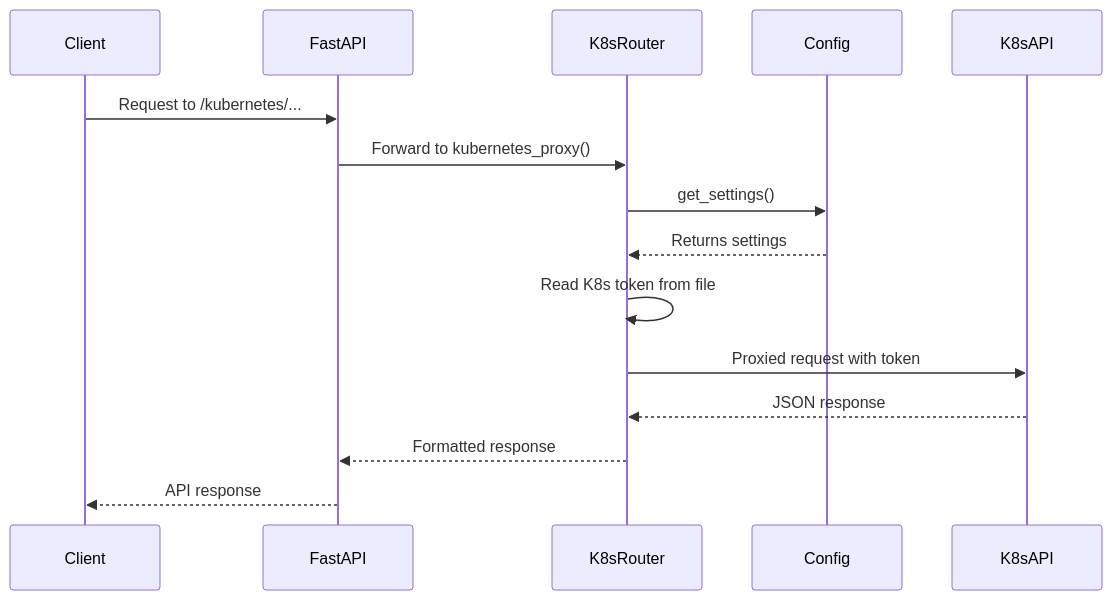
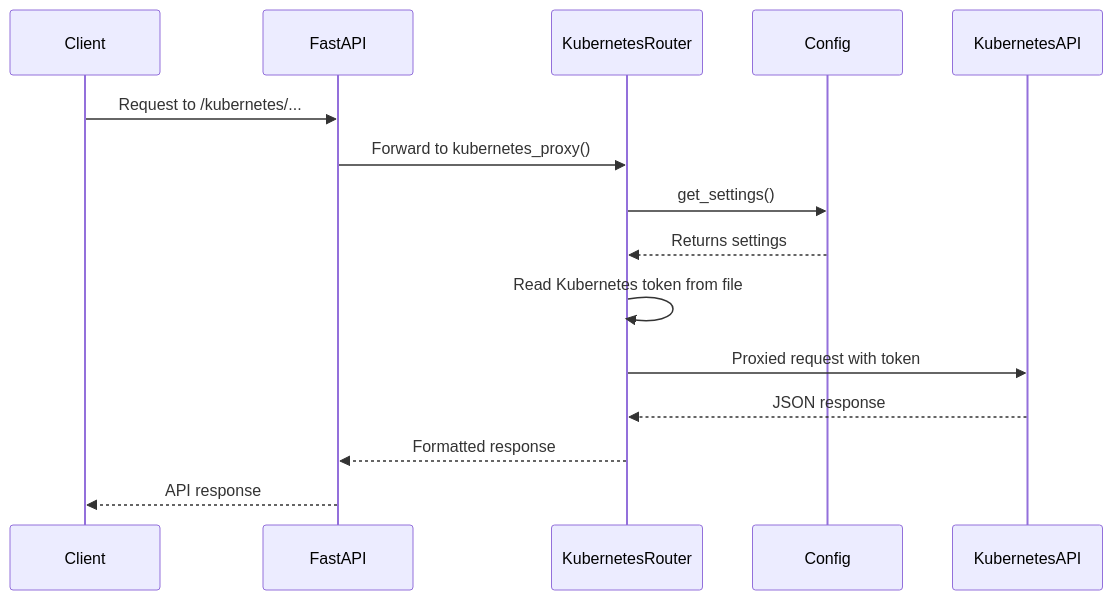
The fourth of 9 diagrams in README.md (lloydchang/tvp-k8s), drawn with Mermaid before and after one commit. The commit also changed other lines of this file and 12 other files, not shown here.

````diff
--- a/README.md
+++ b/README.md
@@ -250,20 +250,20 @@
 ```mermaid
 sequenceDiagram
     participant Client
     participant FastAPI
-    participant K8sRouter
+    participant KubernetesRouter
     participant Config
-    participant K8sAPI
+    participant KubernetesAPI
     
     Client->>FastAPI: Request to /kubernetes/...
-    FastAPI->>K8sRouter: Forward to kubernetes_proxy()
-    K8sRouter->>Config: get_settings()
-    Config-->>K8sRouter: Returns settings
+    FastAPI->>KubernetesRouter: Forward to kubernetes_proxy()
+    KubernetesRouter->>Config: get_settings()
+    Config-->>KubernetesRouter: Returns settings
     
-    K8sRouter->>K8sRouter: Read K8s token from file
-    K8sRouter->>K8sAPI: Proxied request with token
-    K8sAPI-->>K8sRouter: JSON response
-    K8sRouter-->>FastAPI: Formatted response
+    KubernetesRouter->>KubernetesRouter: Read Kubernetes token from file
+    KubernetesRouter->>KubernetesAPI: Proxied request with token
+    KubernetesAPI-->>KubernetesRouter: JSON response
+    KubernetesRouter-->>FastAPI: Formatted response
     FastAPI-->>Client: API response
 
 ```
````
